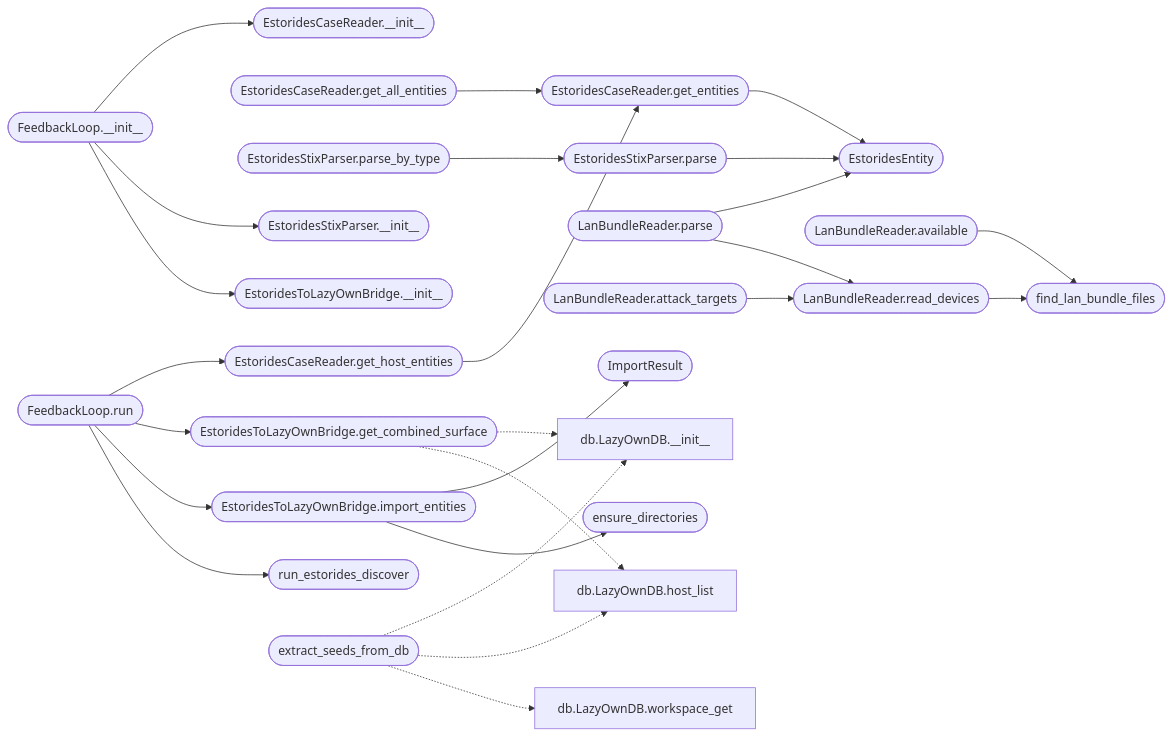
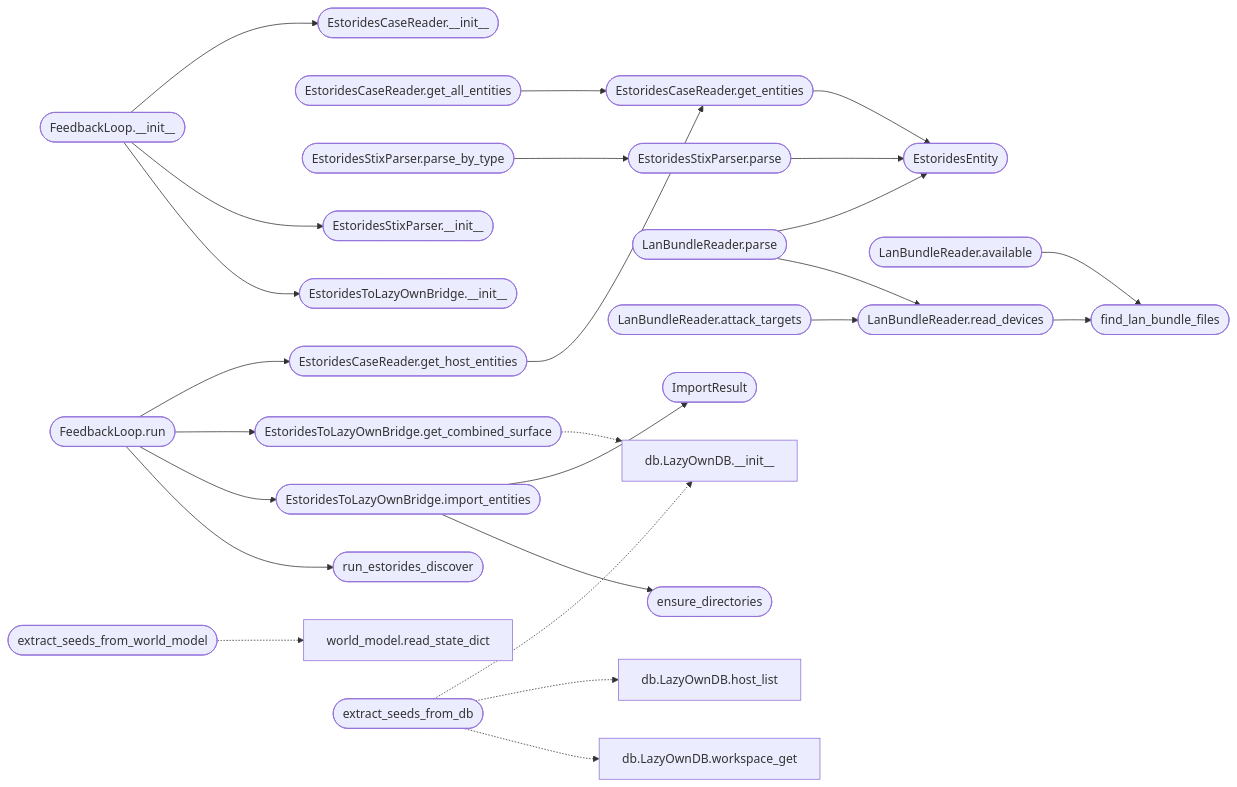
The second of 2 diagrams in readmenator-apidocs/modules/modules.estorides_importer.py.md (grisuno/LazyOwn), drawn with Mermaid before and after one commit. The commit also changed other lines of this file and 496 other files, not shown here.

First line of the commit message:
test: A mediator architecture is implemented with a safety harness inspired by Apollo 11.

````diff
--- a/readmenator-apidocs/modules/modules.estorides_importer.py.md
+++ b/readmenator-apidocs/modules/modules.estorides_importer.py.md
@@ -104,52 +104,54 @@
 ```mermaid
 flowchart LR
     n_modules_estorides_importer_py__EstoridesCaseReader_get_entities(["EstoridesCaseReader.get_entities"])
     n_modules_estorides_importer_py__EstoridesEntity(["EstoridesEntity"])
     n_modules_estorides_importer_py__EstoridesCaseReader_get_host_entities(["EstoridesCaseReader.get_host_entities"])
     n_modules_estorides_importer_py__EstoridesCaseReader_get_all_entities(["EstoridesCaseReader.get_all_entities"])
     n_modules_estorides_importer_py__EstoridesStixParser_parse(["EstoridesStixParser.parse"])
     n_modules_estorides_importer_py__EstoridesStixParser_parse_by_type(["EstoridesStixParser.parse_by_type"])
     n_modules_estorides_importer_py__LanBundleReader_available(["LanBundleReader.available"])
     n_modules_estorides_importer_py__find_lan_bundle_files(["find_lan_bundle_files"])
     n_modules_estorides_importer_py__LanBundleReader_read_devices(["LanBundleReader.read_devices"])
     n_modules_estorides_importer_py__LanBundleReader_parse(["LanBundleReader.parse"])
     n_modules_estorides_importer_py__LanBundleReader_attack_targets(["LanBundleReader.attack_targets"])
     n_modules_estorides_importer_py__EstoridesToLazyOwnBridge_import_entities(["EstoridesToLazyOwnBridge.import_entities"])
     n_modules_estorides_importer_py__ImportResult(["ImportResult"])
     n_modules_estorides_importer_py__ensure_directories(["ensure_directories"])
     n_modules_estorides_importer_py__FeedbackLoop___init__(["FeedbackLoop.__init__"])
     n_modules_estorides_importer_py__EstoridesCaseReader___init__(["EstoridesCaseReader.__init__"])
     n_modules_estorides_importer_py__EstoridesStixParser___init__(["EstoridesStixParser.__init__"])
     n_modules_estorides_importer_py__EstoridesToLazyOwnBridge___init__(["EstoridesToLazyOwnBridge.__init__"])
     n_modules_estorides_importer_py__FeedbackLoop_run(["FeedbackLoop.run"])
     n_modules_estorides_importer_py__EstoridesToLazyOwnBridge_get_combined_surface(["EstoridesToLazyOwnBridge.get_combined_surface"])
     n_modules_estorides_importer_py__run_estorides_discover(["run_estorides_discover"])
+    n_modules_estorides_importer_py__extract_seeds_from_world_model(["extract_seeds_from_world_model"])
+    n_modules_world_model_py__read_state_dict["world_model.read_state_dict"]
     n_modules_estorides_importer_py__extract_seeds_from_db(["extract_seeds_from_db"])
     n_modules_db_py__LazyOwnDB___init__["db.LazyOwnDB.__init__"]
     n_modules_db_py__LazyOwnDB_host_list["db.LazyOwnDB.host_list"]
     n_modules_db_py__LazyOwnDB_workspace_get["db.LazyOwnDB.workspace_get"]
     n_modules_estorides_importer_py__EstoridesCaseReader_get_entities --> n_modules_estorides_importer_py__EstoridesEntity
     n_modules_estorides_importer_py__EstoridesCaseReader_get_host_entities --> n_modules_estorides_importer_py__EstoridesCaseReader_get_entities
     n_modules_estorides_importer_py__EstoridesCaseReader_get_all_entities --> n_modules_estorides_importer_py__EstoridesCaseReader_get_entities
     n_modules_estorides_importer_py__EstoridesStixParser_parse --> n_modules_estorides_importer_py__EstoridesEntity
     n_modules_estorides_importer_py__EstoridesStixParser_parse_by_type --> n_modules_estorides_importer_py__EstoridesStixParser_parse
     n_modules_estorides_importer_py__LanBundleReader_available --> n_modules_estorides_importer_py__find_lan_bundle_files
     n_modules_estorides_importer_py__LanBundleReader_read_devices --> n_modules_estorides_importer_py__find_lan_bundle_files
     n_modules_estorides_importer_py__LanBundleReader_parse --> n_modules_estorides_importer_py__EstoridesEntity
     n_modules_estorides_importer_py__LanBundleReader_parse --> n_modules_estorides_importer_py__LanBundleReader_read_devices
     n_modules_estorides_importer_py__LanBundleReader_attack_targets --> n_modules_estorides_importer_py__LanBundleReader_read_devices
     n_modules_estorides_importer_py__EstoridesToLazyOwnBridge_import_entities --> n_modules_estorides_importer_py__ImportResult
     n_modules_estorides_importer_py__EstoridesToLazyOwnBridge_import_entities --> n_modules_estorides_importer_py__ensure_directories
     n_modules_estorides_importer_py__FeedbackLoop___init__ --> n_modules_estorides_importer_py__EstoridesCaseReader___init__
     n_modules_estorides_importer_py__FeedbackLoop___init__ --> n_modules_estorides_importer_py__EstoridesStixParser___init__
     n_modules_estorides_importer_py__FeedbackLoop___init__ --> n_modules_estorides_importer_py__EstoridesToLazyOwnBridge___init__
     n_modules_estorides_importer_py__FeedbackLoop_run --> n_modules_estorides_importer_py__EstoridesCaseReader_get_host_entities
     n_modules_estorides_importer_py__FeedbackLoop_run --> n_modules_estorides_importer_py__EstoridesToLazyOwnBridge_get_combined_surface
     n_modules_estorides_importer_py__FeedbackLoop_run --> n_modules_estorides_importer_py__EstoridesToLazyOwnBridge_import_entities
     n_modules_estorides_importer_py__FeedbackLoop_run --> n_modules_estorides_importer_py__run_estorides_discover
+    n_modules_estorides_importer_py__extract_seeds_from_world_model -.-> n_modules_world_model_py__read_state_dict
     n_modules_estorides_importer_py__extract_seeds_from_db -.-> n_modules_db_py__LazyOwnDB___init__
     n_modules_estorides_importer_py__extract_seeds_from_db -.-> n_modules_db_py__LazyOwnDB_host_list
     n_modules_estorides_importer_py__extract_seeds_from_db -.-> n_modules_db_py__LazyOwnDB_workspace_get
     n_modules_estorides_importer_py__EstoridesToLazyOwnBridge_get_combined_surface -.-> n_modules_db_py__LazyOwnDB___init__
-    n_modules_estorides_importer_py__EstoridesToLazyOwnBridge_get_combined_surface -.-> n_modules_db_py__LazyOwnDB_host_list
 ```
````
